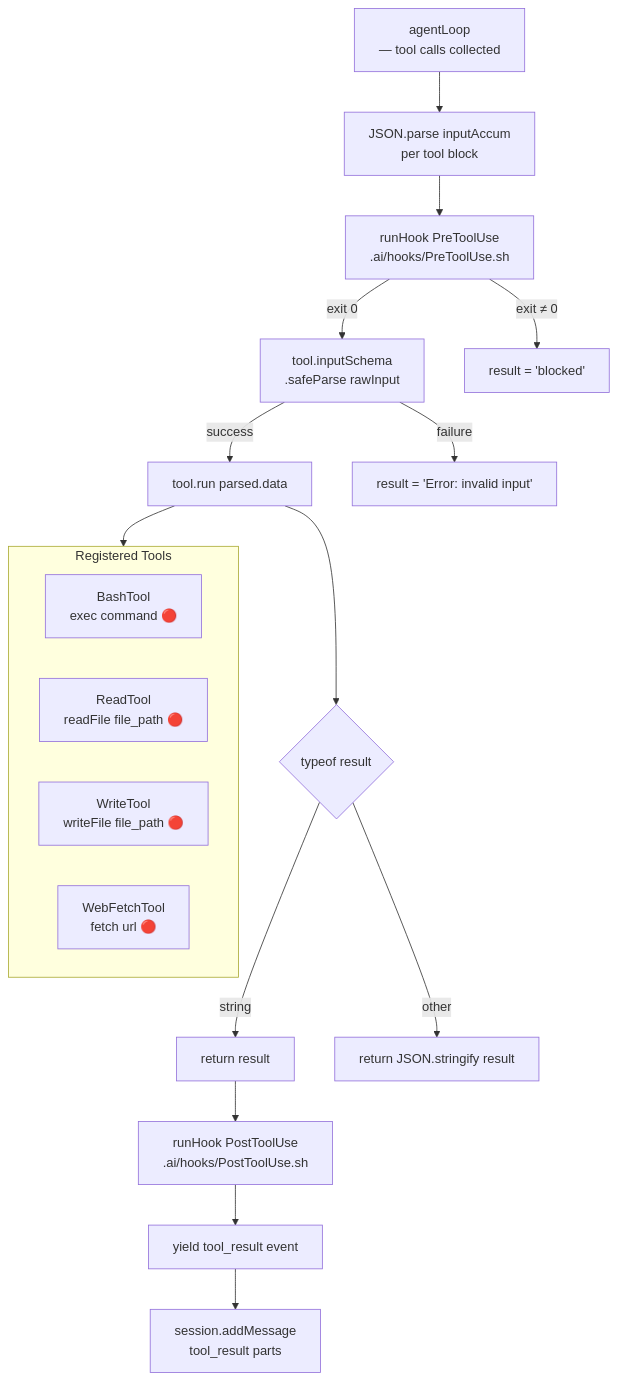
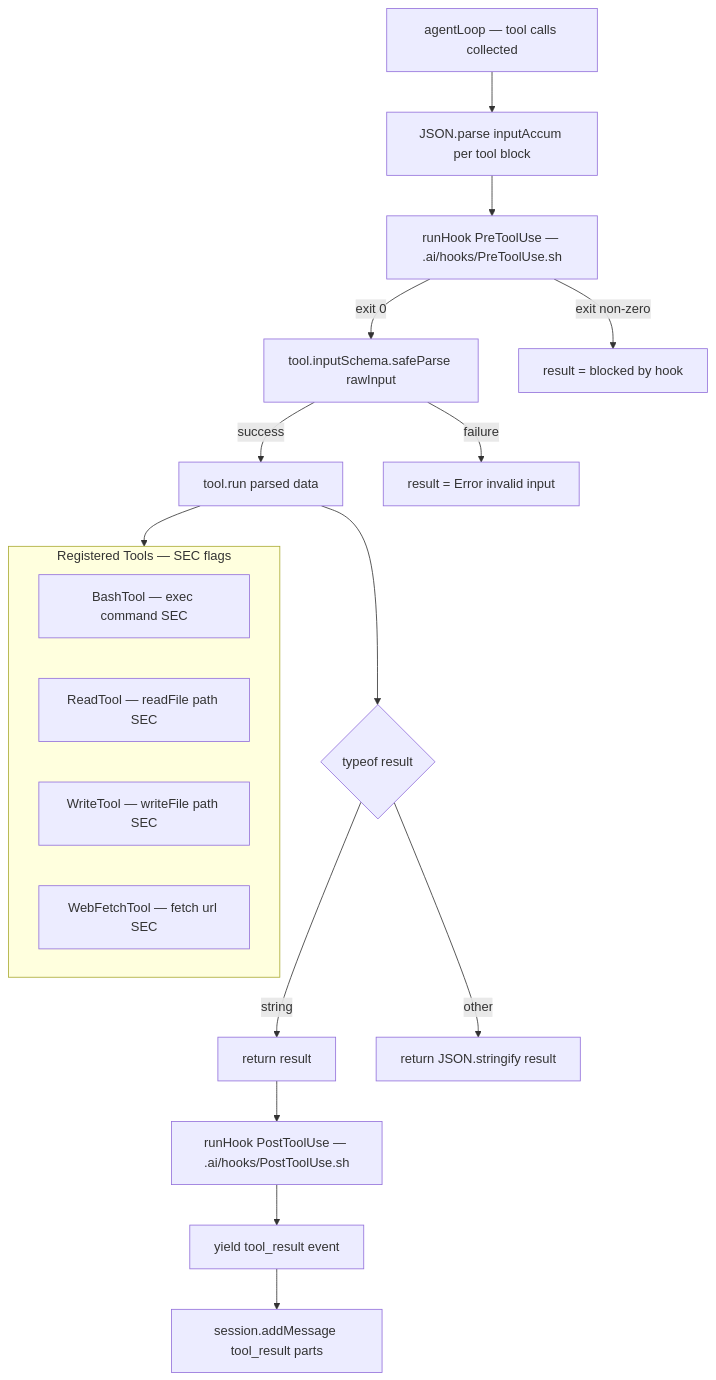
The sixth of 7 diagrams in docs/REVIEW-SECURITY-ARCHITECTURE.md (matheusmlopess/agentfactory-harness), drawn with Mermaid before and after one commit. The commit also changed other lines of this file, not shown here.

First line of the commit message:
fix: repair all Mermaid parse errors in security review doc

````diff
--- a/docs/REVIEW-SECURITY-ARCHITECTURE.md
+++ b/docs/REVIEW-SECURITY-ARCHITECTURE.md
@@ -356,28 +352,28 @@
 ```mermaid
 flowchart TD
-  LOOP[agentLoop\n— tool calls collected] --> PARSE[JSON.parse inputAccum\nper tool block]
-  PARSE --> HOOK_PRE[runHook PreToolUse\n.ai/hooks/PreToolUse.sh]
+  LOOP["agentLoop — tool calls collected"] --> PARSE["JSON.parse inputAccum per tool block"]
+  PARSE --> HOOK_PRE["runHook PreToolUse — .ai/hooks/PreToolUse.sh"]
 
-  HOOK_PRE -->|exit 0| ZOD[tool.inputSchema\n.safeParse rawInput]
-  HOOK_PRE -->|exit ≠ 0| BLOCKED["result = 'blocked'"]
+  HOOK_PRE -->|"exit 0"| ZOD["tool.inputSchema.safeParse rawInput"]
+  HOOK_PRE -->|"exit non-zero"| BLOCKED["result = blocked by hook"]
 
-  ZOD -->|success| RUN[tool.run parsed.data]
-  ZOD -->|failure| ZOD_ERR["result = 'Error: invalid input'"]
+  ZOD -->|success| RUN["tool.run parsed data"]
+  ZOD -->|failure| ZOD_ERR["result = Error invalid input"]
 
   RUN --> STRINGIFY{typeof result}
-  STRINGIFY -->|string| RESULT[return result]
-  STRINGIFY -->|other| JSON_STR[return JSON.stringify result]
+  STRINGIFY -->|string| RESULT["return result"]
+  STRINGIFY -->|other| JSON_STR["return JSON.stringify result"]
 
-  RESULT --> HOOK_POST[runHook PostToolUse\n.ai/hooks/PostToolUse.sh]
-  HOOK_POST --> YIELD[yield tool_result event]
-  YIELD --> HISTORY[session.addMessage\ntool_result parts]
+  RESULT --> HOOK_POST["runHook PostToolUse — .ai/hooks/PostToolUse.sh"]
+  HOOK_POST --> YIELD["yield tool_result event"]
+  YIELD --> HISTORY["session.addMessage tool_result parts"]
 
-  subgraph Tools["Registered Tools"]
-    BASH_T[BashTool\nexec command 🔴]
-    READ_T[ReadTool\nreadFile file_path 🔴]
-    WRITE_T[WriteTool\nwriteFile file_path 🔴]
-    FETCH_T[WebFetchTool\nfetch url 🔴]
+  subgraph RegisteredTools["Registered Tools — SEC flags"]
+    BASH_T["BashTool — exec command SEC"]
+    READ_T["ReadTool — readFile path SEC"]
+    WRITE_T["WriteTool — writeFile path SEC"]
+    FETCH_T["WebFetchTool — fetch url SEC"]
   end
 
-  RUN --> Tools
+  RUN --> RegisteredTools
 ```
````
